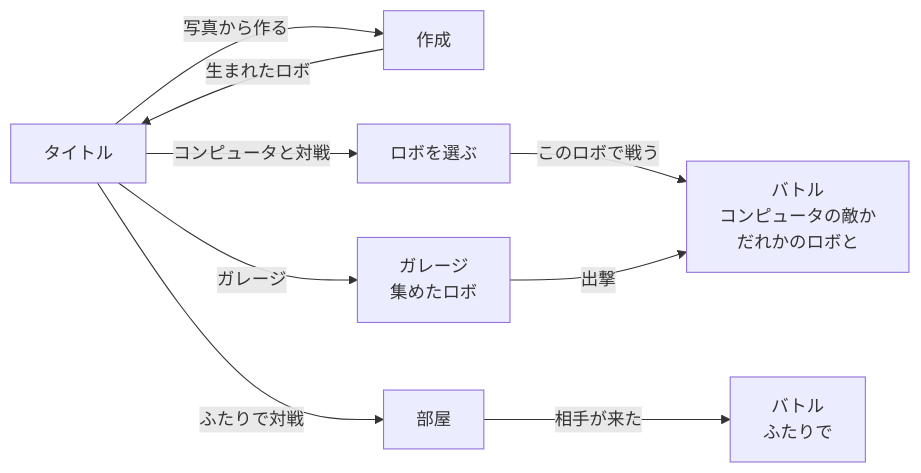
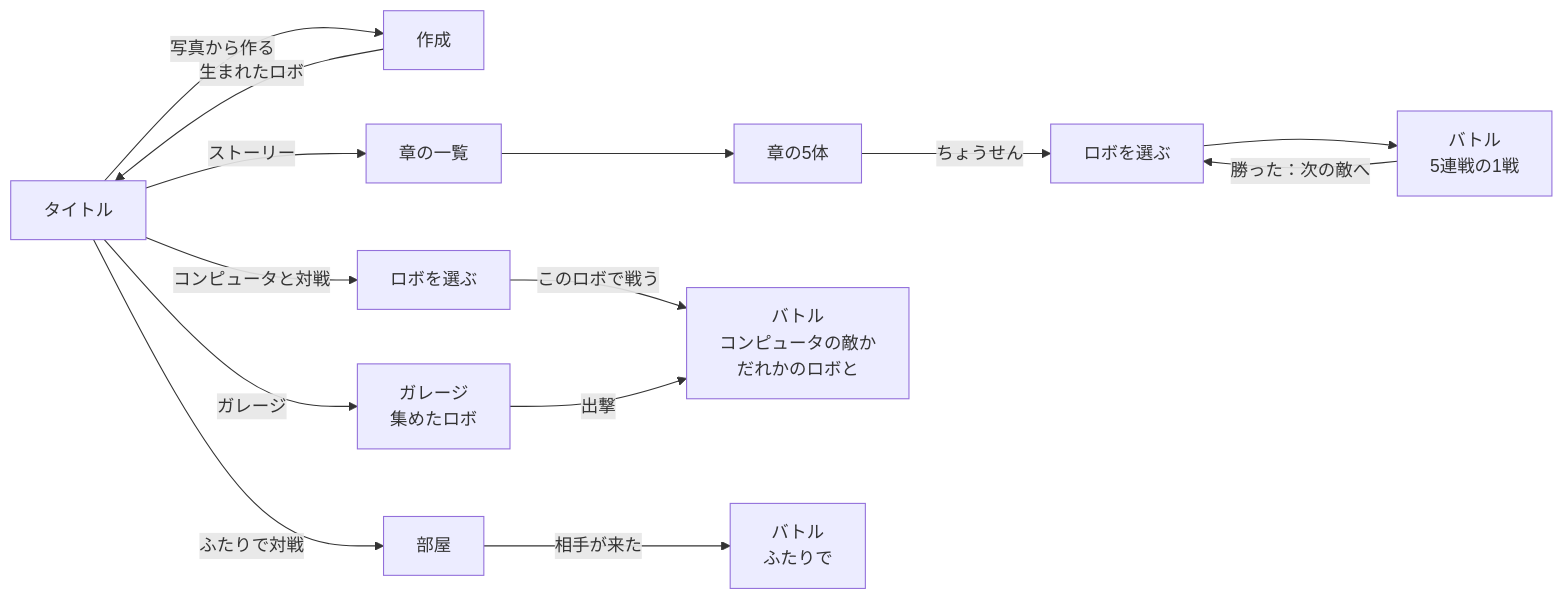
Before and after one commit to ucsd67001/Pixel_Battler: the first of 2 diagrams in docs/DESIGN.md, drawn with Mermaid. The commit also changed other lines of this file and 19 other files, not shown here.

````diff
--- a/docs/DESIGN.md
+++ b/docs/DESIGN.md
@@ -43,11 +43,16 @@
 ```mermaid
 flowchart LR
   T[タイトル] -->|写真から作る| C[作成]
   C -->|生まれたロボ| T
+  T -->|ストーリー| SM[章の一覧]
+  SM --> CV[章の5体]
+  CV -->|ちょうせん| SP[ロボを選ぶ]
+  SP --> SB[バトル<br>5連戦の1戦]
+  SB -->|勝った：次の敵へ| SP
   T -->|コンピュータと対戦| PK[ロボを選ぶ]
   PK -->|このロボで戦う| B[バトル<br>コンピュータの敵か<br>だれかのロボと]
   T -->|ガレージ| H[ガレージ<br>集めたロボ]
   H -->|出撃| B
   T -->|ふたりで対戦| R[部屋]
   R -->|相手が来た| NB[バトル<br>ふたりで]
 ```
````
